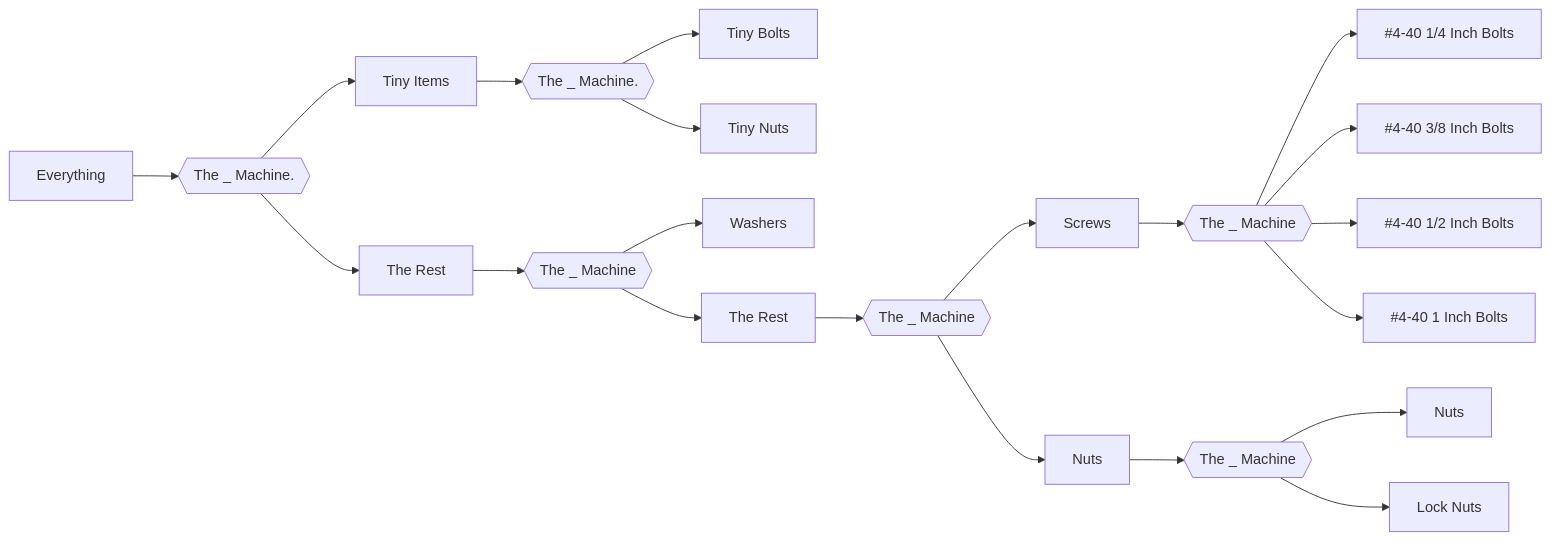
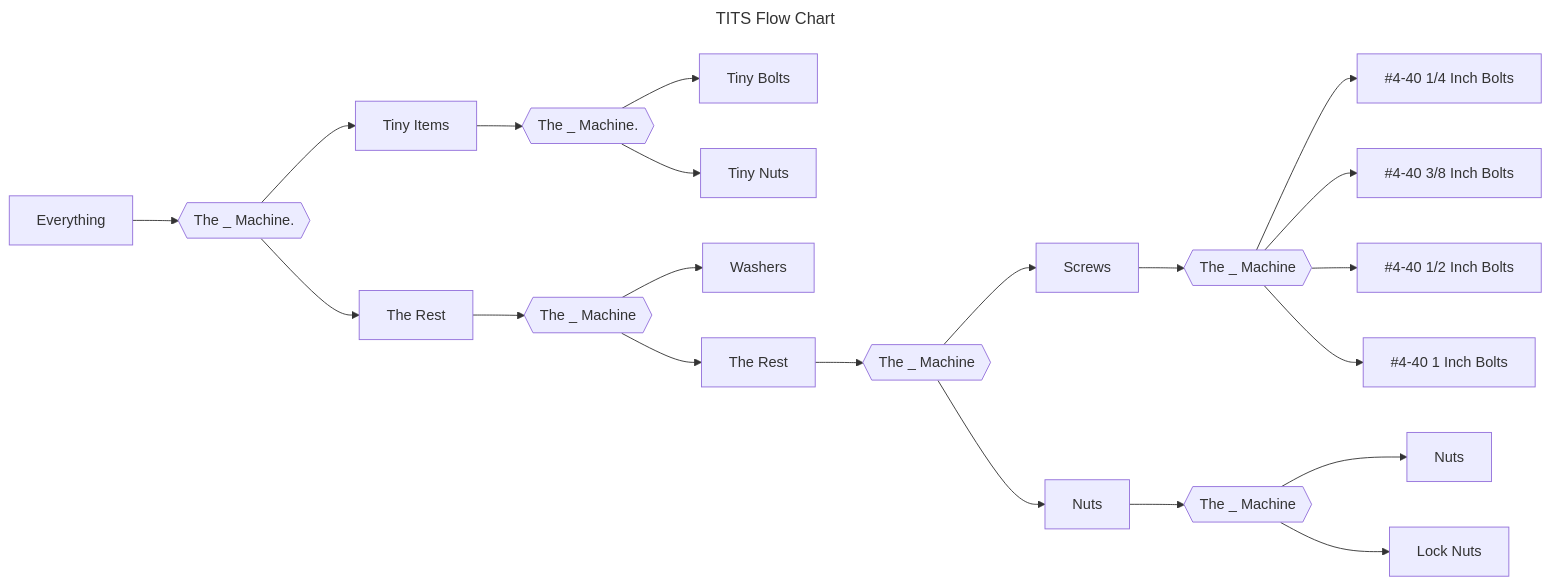
The diagram in README.md (VeganPorkChop/ThreadedItemsTransferSystem), drawn with Mermaid before and after one commit.

````diff
--- a/README.md
+++ b/README.md
@@ -33,27 +33,29 @@
 ```mermaid
-
+---
+title: TITS Flow Chart
+---
 graph LR
 A[Everything]
     A -->B{{ The _ Machine. }}
     B -->D[Tiny Items]
     D -->E{{ The _ Machine. }}
     E -->F[Tiny Bolts]
     E -->G[Tiny Nuts]
     B -->H[The Rest]
     H -->I{{ The _ Machine }}
     I -->J[Washers]
     I -->K[The Rest]
     K -->L{{ The _ Machine }}
     L -->M[Screws]
     M -->N{{ The _ Machine }}
     N -->O[#4-40 1/4 Inch Bolts]
     N -->P[#4-40 3/8 Inch Bolts]
     N -->Q[#4-40 1/2 Inch Bolts]
     N -->R[#4-40 1 Inch Bolts]
     L -->S[Nuts]
     S -->T{{ The _ Machine }}
     T -->U[Nuts]
     T -->V[Lock Nuts]
     
 
 ```
````
